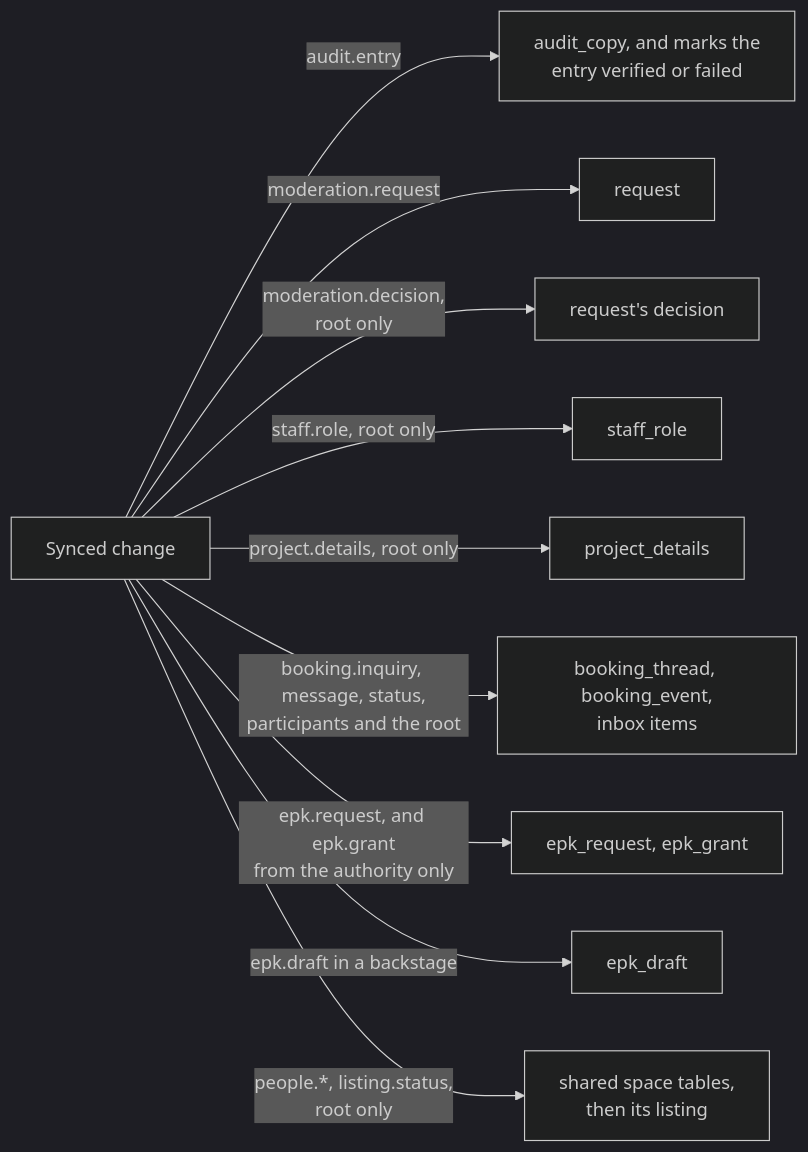
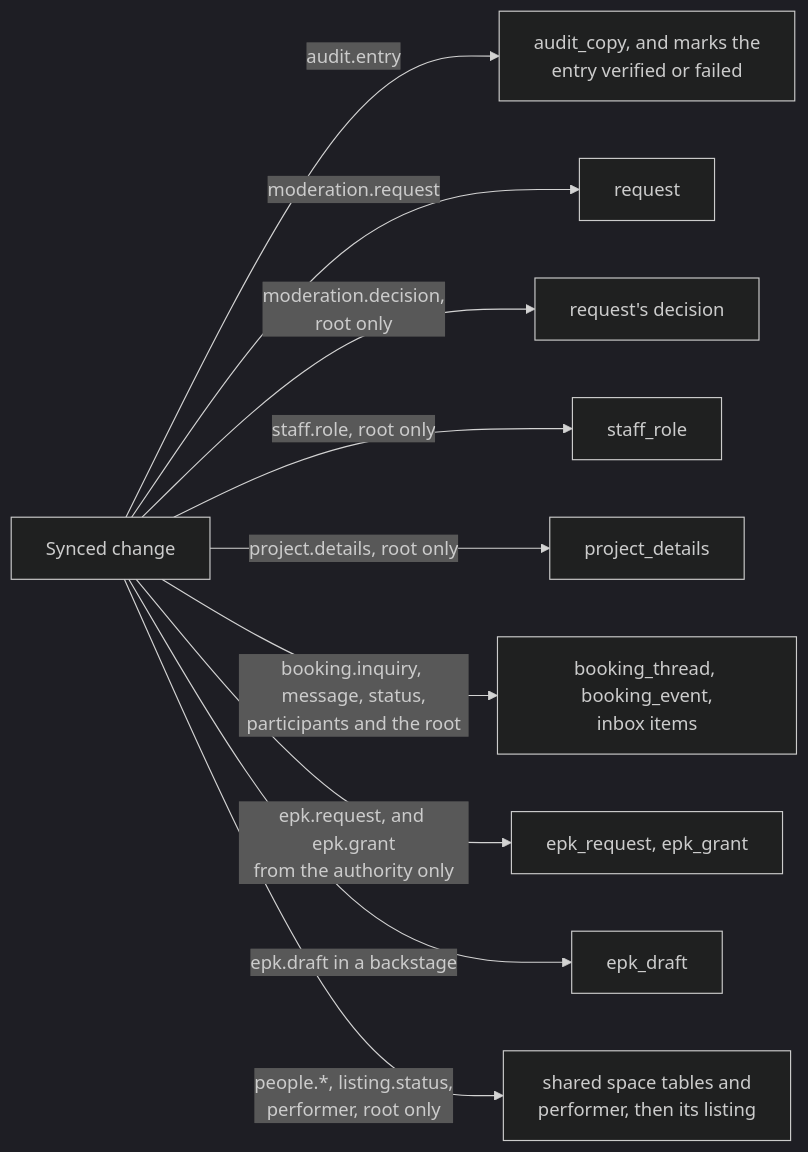
The seventh of 8 diagrams in apps/web/docs/diagrams/spaces.md (cutenode/localnetwork), drawn with Mermaid (dark theme) before and after one commit. The commit also changed other lines of this file and 31 other files, not shown here.

````diff
--- a/apps/web/docs/diagrams/spaces.md
+++ b/apps/web/docs/diagrams/spaces.md
@@ -158,13 +158,13 @@
 ```mermaid
 flowchart LR
   Sync["Synced change"]
   Sync -- "audit.entry" --> A1["audit_copy, and marks the<br/>entry verified or failed"]
   Sync -- "moderation.request" --> A2["request"]
   Sync -- "moderation.decision,<br/>root only" --> A3["request's decision"]
   Sync -- "staff.role, root only" --> A4["staff_role"]
   Sync -- "project.details, root only" --> A5["project_details"]
   Sync -- "booking.inquiry, message, status,<br/>participants and the root" --> A6["booking_thread, booking_event,<br/>inbox items"]
   Sync -- "epk.request, and epk.grant<br/>from the authority only" --> A7["epk_request, epk_grant"]
   Sync -- "epk.draft in a backstage" --> A8["epk_draft"]
-  Sync -- "people.*, listing.status,<br/>root only" --> A9["shared space tables,<br/>then its listing"]
+  Sync -- "people.*, listing.status,<br/>performer, root only" --> A9["shared space tables and<br/>performer, then its listing"]
 ```
````
